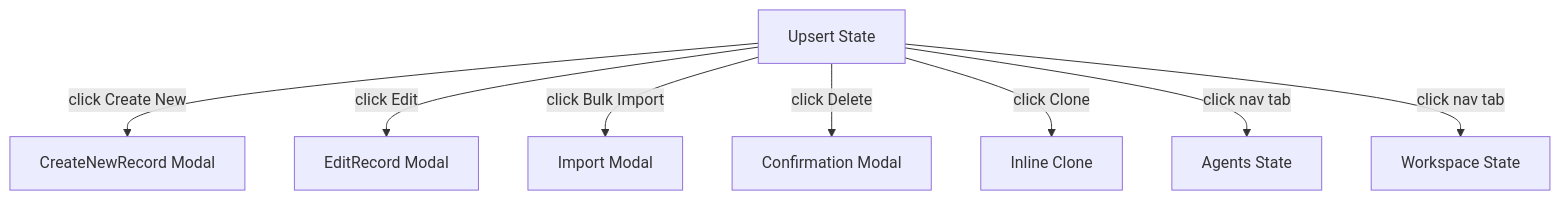
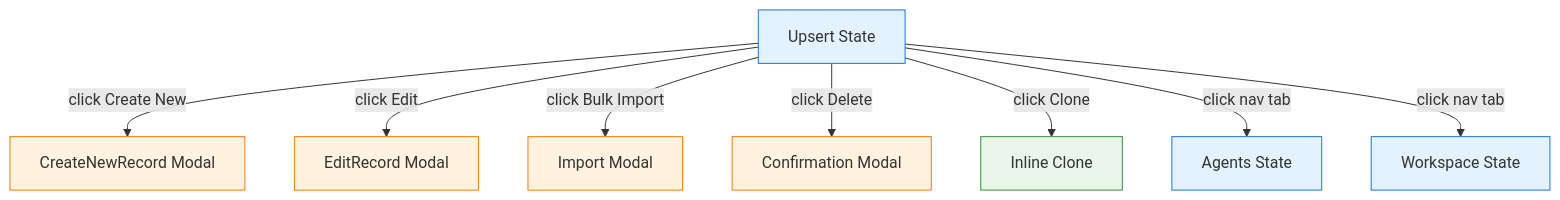
The second of 6 diagrams in disciplines-shared/engineering/UI-UX-SPECIFICATION.md (Construct-AI-primary/docs-paperclip), drawn with Mermaid before and after one commit. The commit also changed other lines of this file and 576 other files, not shown here.

First line of the commit message:
UI-UX specification updates across disciplines, new mermaid templates, knowledge templates, and project specs

````diff
--- a/disciplines-shared/engineering/UI-UX-SPECIFICATION.md
+++ b/disciplines-shared/engineering/UI-UX-SPECIFICATION.md
@@ -187,10 +203,18 @@
 ```mermaid
 flowchart TD
     UPSERT[Upsert State] -->|click Create New| MODAL1[CreateNewRecord Modal]
     UPSERT -->|click Edit| MODAL2[EditRecord Modal]
     UPSERT -->|click Bulk Import| MODAL3[Import Modal]
     UPSERT -->|click Delete| MODAL4[Confirmation Modal]
     UPSERT -->|click Clone| INLINE[Inline Clone]
     UPSERT -->|click nav tab| AGENTS[Agents State]
     UPSERT -->|click nav tab| WORKSPACE[Workspace State]
+
+    classDef state fill:#e3f2fd,stroke:#1976d2
+    classDef modal fill:#fff3e0,stroke:#f57c00
+    classDef inline fill:#e8f5e8,stroke:#388e3c
+
+    class UPSERT,AGENTS,WORKSPACE state
+    class MODAL1,MODAL2,MODAL3,MODAL4 modal
+    class INLINE inline
 ```
````
